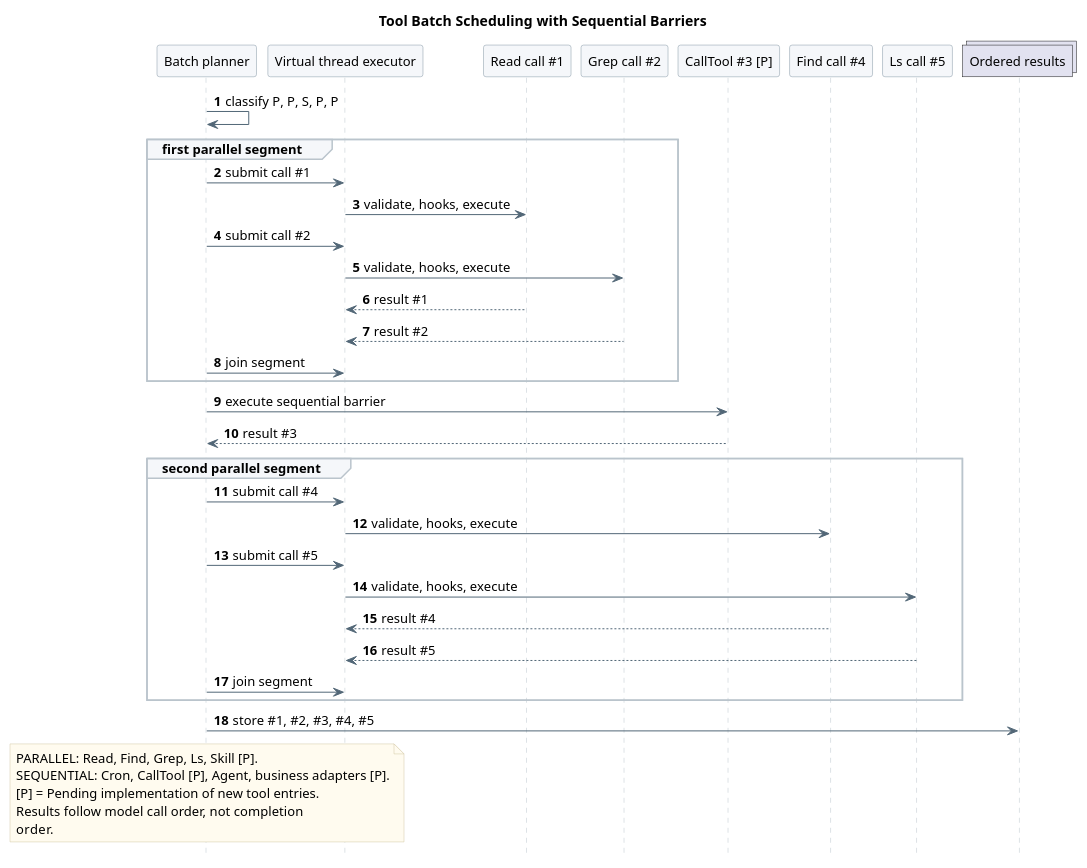
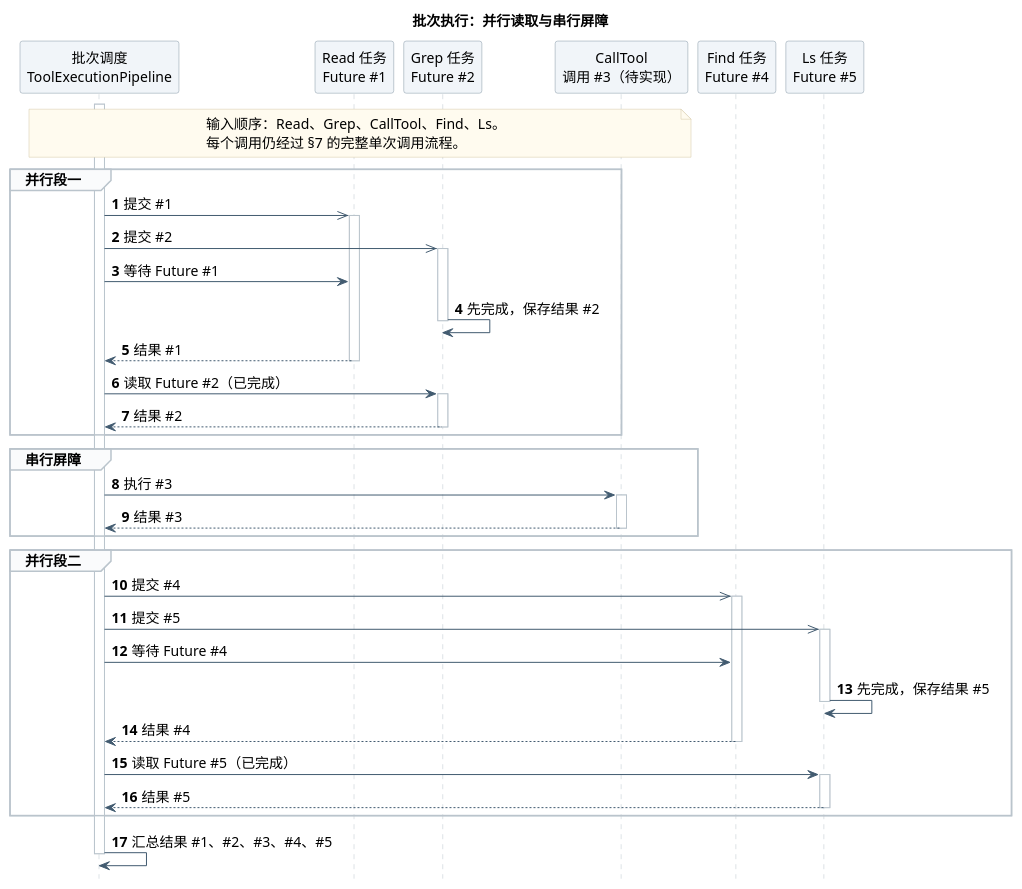
The ninth of 13 diagrams in 01-总体架构/02-CampusClaw工具系统/diagram.puml (ssm0808/pi-mono-java-design), drawn with PlantUML before and after one commit. The commit also changed other lines of this file and 15 other files, not shown here.

```diff
--- a/01-总体架构/02-CampusClaw工具系统/diagram.puml
+++ b/01-总体架构/02-CampusClaw工具系统/diagram.puml
@@ -504,67 +599,67 @@
 @startuml tool_batch_scheduling
 skinparam backgroundColor white
-skinparam defaultFontName SansSerif
-skinparam defaultFontSize 13
+skinparam defaultFontName "PingFang SC"
+skinparam defaultFontSize 14
 skinparam shadowing false
 skinparam sequenceMessageAlign left
-skinparam maxMessageSize 165
-skinparam sequenceArrowColor #526777
+skinparam maxMessageSize 210
+skinparam sequenceArrowColor #425B70
 skinparam sequenceLifeLineBorderColor #BAC4CC
-skinparam sequenceParticipantBackgroundColor #F5F7FA
+skinparam sequenceParticipantBackgroundColor #F1F5F9
 skinparam sequenceParticipantBorderColor #8496A4
-skinparam sequenceGroupBackgroundColor #F5F7FA
+skinparam sequenceGroupBackgroundColor #FAFBFC
 skinparam sequenceGroupBorderColor #BAC4CC
+skinparam sequenceReferenceBackgroundColor #EEF4FA
+skinparam sequenceReferenceBorderColor #8496A4
 skinparam noteBackgroundColor #FFFBEF
 skinparam noteBorderColor #D2C6A5
 hide footbox
 autonumber
-title Tool Batch Scheduling with Sequential Barriers
+' Source evidence (CampusClaw fb842b1ac6cb4818f6b146f79dd184a5cd88bf12, checked 2026-09-21):
 
-' Source evidence (CampusClaw d649866):
-' modules/agent-core/src/main/java/com/campusclaw/agent/tool/AgentTool.java: AgentTool
-' modules/agent-core/src/main/java/com/campusclaw/agent/tool/ToolExecutionPipeline.java: executeAll
-' Observed behavior: the pipeline does not yet implement the target adjacent
-' parallel-segment planner.
-' Design reason: read-only tools may overlap, but Cron, Mate execution, and Child
-' execution preserve their model order as explicit barriers.
+' modules/agent-core/src/main/java/com/campusclaw/agent/tool/ToolExecutionPipeline.java: executePlanned, executeInParallel, findParallelSegmentEnd
+' modules/agent-core/src/main/java/com/campusclaw/agent/tool/AgentTool.java: executionMode
+' Observed behavior: consecutive parallel calls run in virtual-thread tasks; futures are collected in input order before the next segment.
+' Design reason: asynchronous arrows and overlapping activations show concurrency, while the sequential call separates both segments.
+' Pending implementation: CallTool replaces the existing business wrapper; the adjacent-segment scheduling itself is implemented.
+title 批次执行：并行读取与串行屏障
 
-participant "Batch planner" as Planner
-participant "Virtual thread executor" as Executor
-participant "Read call #1" as P1
-participant "Grep call #2" as P2
-participant "CallTool #3 [P]" as S3
-participant "Find call #4" as P4
-participant "Ls call #5" as P5
-collections "Ordered results" as Results
+participant "批次调度\nToolExecutionPipeline" as Pipeline
+participant "Read 任务\nFuture #1" as Read
+participant "Grep 任务\nFuture #2" as Grep
+participant "CallTool\n调用 #3（待实现）" as Call
+participant "Find 任务\nFuture #4" as Find
+participant "Ls 任务\nFuture #5" as Ls
 
-Planner -> Planner : classify P, P, S, P, P
-group first parallel segment
-  Planner -> Executor : submit call #1
-  Executor -> P1 : validate, hooks, execute
-  Planner -> Executor : submit call #2
-  Executor -> P2 : validate, hooks, execute
-  P1 --> Executor : result #1
-  P2 --> Executor : result #2
-  Planner -> Executor : join segment
+note over Pipeline, Call
+  输入顺序：Read、Grep、CallTool、Find、Ls。
+  每个调用仍经过 §7 的完整单次调用流程。
+end note
+activate Pipeline
+group 并行段一
+  Pipeline ->> Read ++ : 提交 #1
+  Pipeline ->> Grep ++ : 提交 #2
+  Pipeline -> Read : 等待 Future #1
+  Grep -> Grep : 先完成，保存结果 #2
+  deactivate Grep
+  Read --> Pipeline -- : 结果 #1
+  Pipeline -> Grep ++ : 读取 Future #2（已完成）
+  Grep --> Pipeline -- : 结果 #2
 end
-Planner -> S3 : execute sequential barrier
-S3 --> Planner : result #3
-group second parallel segment
-  Planner -> Executor : submit call #4
-  Executor -> P4 : validate, hooks, execute
-  Planner -> Executor : submit call #5
-  Executor -> P5 : validate, hooks, execute
-  P4 --> Executor : result #4
-  P5 --> Executor : result #5
-  Planner -> Executor : join segment
+group 串行屏障
+  Pipeline -> Call ++ : 执行 #3
+  Call --> Pipeline -- : 结果 #3
 end
-Planner -> Results : store #1, #2, #3, #4, #5
-
-note over Planner
-  PARALLEL: Read, Find, Grep, Ls, Skill [P].
-  SEQUENTIAL: Cron, CallTool [P], Agent, business adapters [P].
-  [P] = Pending implementation of new tool entries.
-  Results follow model call order, not completion
-  order.
-end note
+group 并行段二
+  Pipeline ->> Find ++ : 提交 #4
+  Pipeline ->> Ls ++ : 提交 #5
+  Pipeline -> Find : 等待 Future #4
+  Ls -> Ls : 先完成，保存结果 #5
+  deactivate Ls
+  Find --> Pipeline -- : 结果 #4
+  Pipeline -> Ls ++ : 读取 Future #5（已完成）
+  Ls --> Pipeline -- : 结果 #5
+end
+Pipeline -> Pipeline : 汇总结果 #1、#2、#3、#4、#5
+deactivate Pipeline
 @enduml
```
